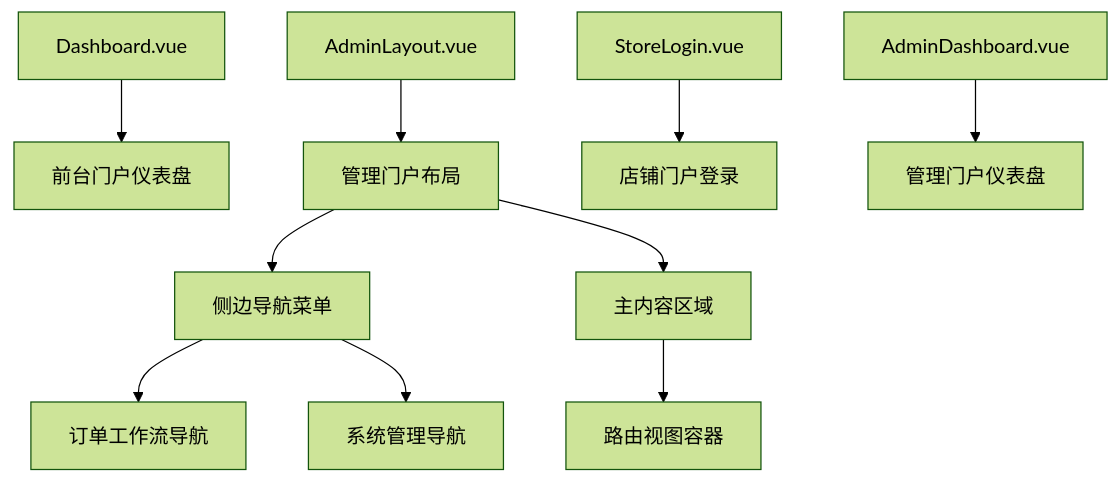
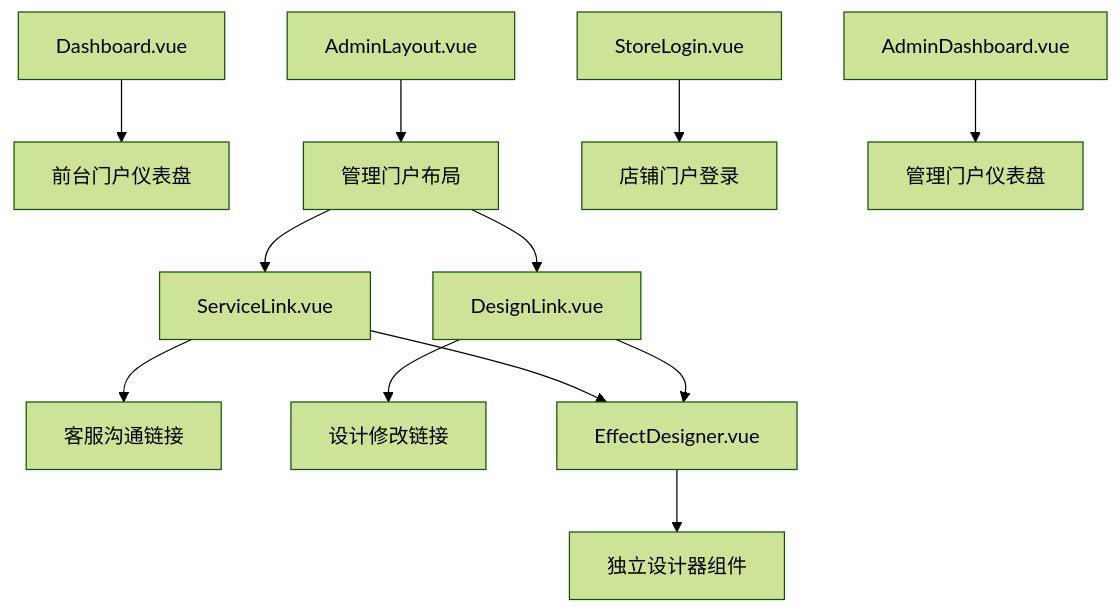
The third of 31 diagrams in .qoder/repowiki/zh/content/开发指南/Vue组件架构.md (SY6621/POD-Order-Management), drawn with Mermaid (forest theme) before and after one commit. The commit also changed other lines of this file and 15 other files, not shown here.

````diff
--- a/.qoder/repowiki/zh/content/开发指南/Vue组件架构.md
+++ b/.qoder/repowiki/zh/content/开发指南/Vue组件架构.md
@@ -156,12 +163,14 @@
 ```mermaid
 graph TD
 A[Dashboard.vue] --> B[前台门户仪表盘]
 C[AdminLayout.vue] --> D[管理门户布局]
 E[StoreLogin.vue] --> F[店铺门户登录]
 G[AdminDashboard.vue] --> H[管理门户仪表盘]
-D --> I[侧边导航菜单]
-D --> J[主内容区域]
-I --> I1[订单工作流导航]
-I --> I2[系统管理导航]
-J --> K[路由视图容器]
+I[ServiceLink.vue] --> J[客服沟通链接]
+K[DesignLink.vue] --> L[设计修改链接]
+M[EffectDesigner.vue] --> N[独立设计器组件]
+D --> I
+D --> K
+I --> M
+K --> M
 ```
````
